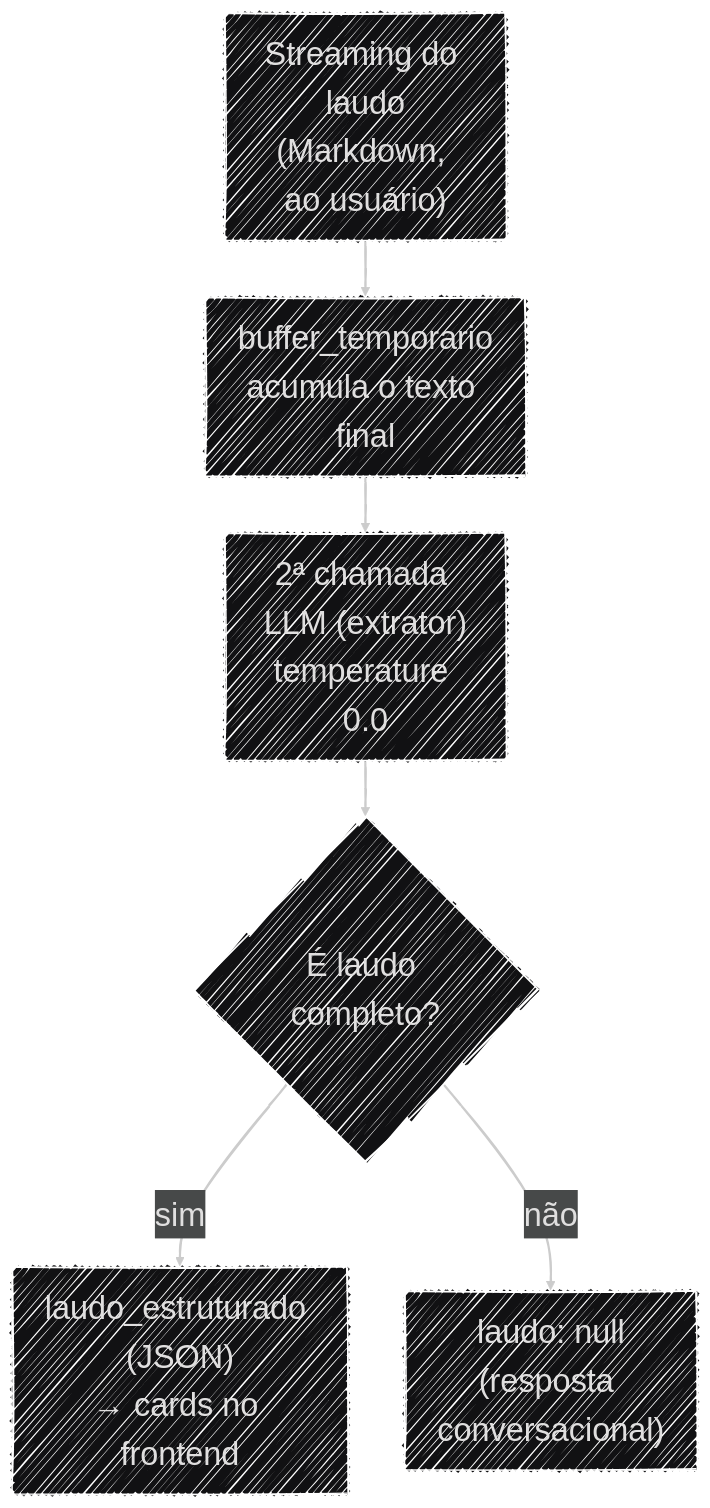
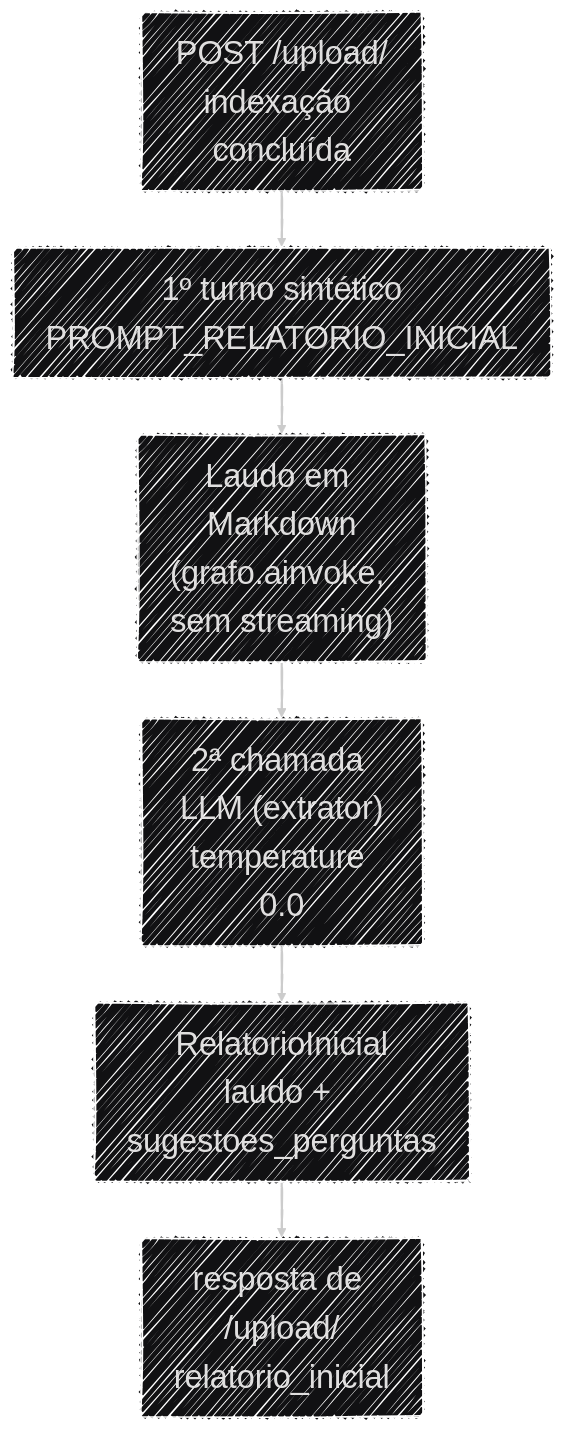
Before and after one commit to Moreira-89/auditor-cidadao: the diagram in docs/ia/extracao_laudo.md, drawn with Mermaid. The commit also changed other lines of this file and 17 other files, not shown here.

First line of the commit message:
Refactor laudo extraction and reporting process; implement automatic report generation post-upload

````diff
--- a/docs/ia/extracao_laudo.md
+++ b/docs/ia/extracao_laudo.md
@@ -64,18 +85,18 @@
 ```mermaid
 ---
 config:
   layout: dagre
   theme: redux-dark
   look: handDrawn
   fontFamily: '''Source Code Pro Variable'', monospace'
   themeVariables:
     fontFamily: '''Source Code Pro Variable'', monospace'
     fontSize: '30px'
 ---
 flowchart TB
-    STREAM["Streaming do laudo<br>(Markdown, ao usuário)"] --> BUFFER["buffer_temporario<br>acumula o texto final"]
-    BUFFER --> EXTRATOR["2ª chamada LLM (extrator)<br>temperature 0.0"]
-    EXTRATOR --> DECISAO{"É laudo completo?"}
-    DECISAO -->|"sim"| JSON["laudo_estruturado (JSON)<br>→ cards no frontend"]
-    DECISAO -->|"não"| NULL["laudo: null<br>(resposta conversacional)"]
+    UP["POST /upload/<br>indexação concluída"] --> TURNO["1º turno sintético<br>PROMPT_RELATORIO_INICIAL"]
+    TURNO --> LAUDO["Laudo em Markdown<br>(grafo.ainvoke, sem streaming)"]
+    LAUDO --> EXTRATOR["2ª chamada LLM (extrator)<br>temperature 0.0"]
+    EXTRATOR --> RESP["RelatorioInicial<br>laudo + sugestoes_perguntas"]
+    RESP --> FRONT["resposta de /upload/<br>relatorio_inicial"]
 ```
````
